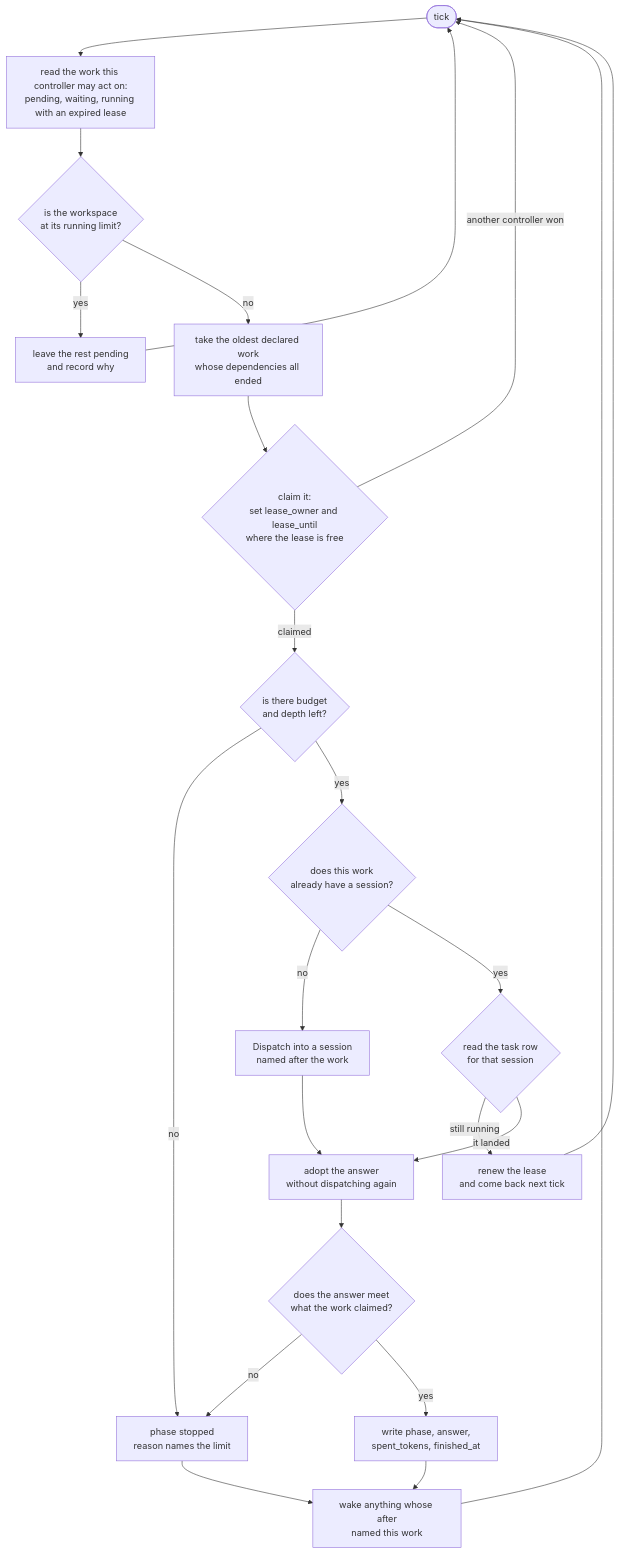
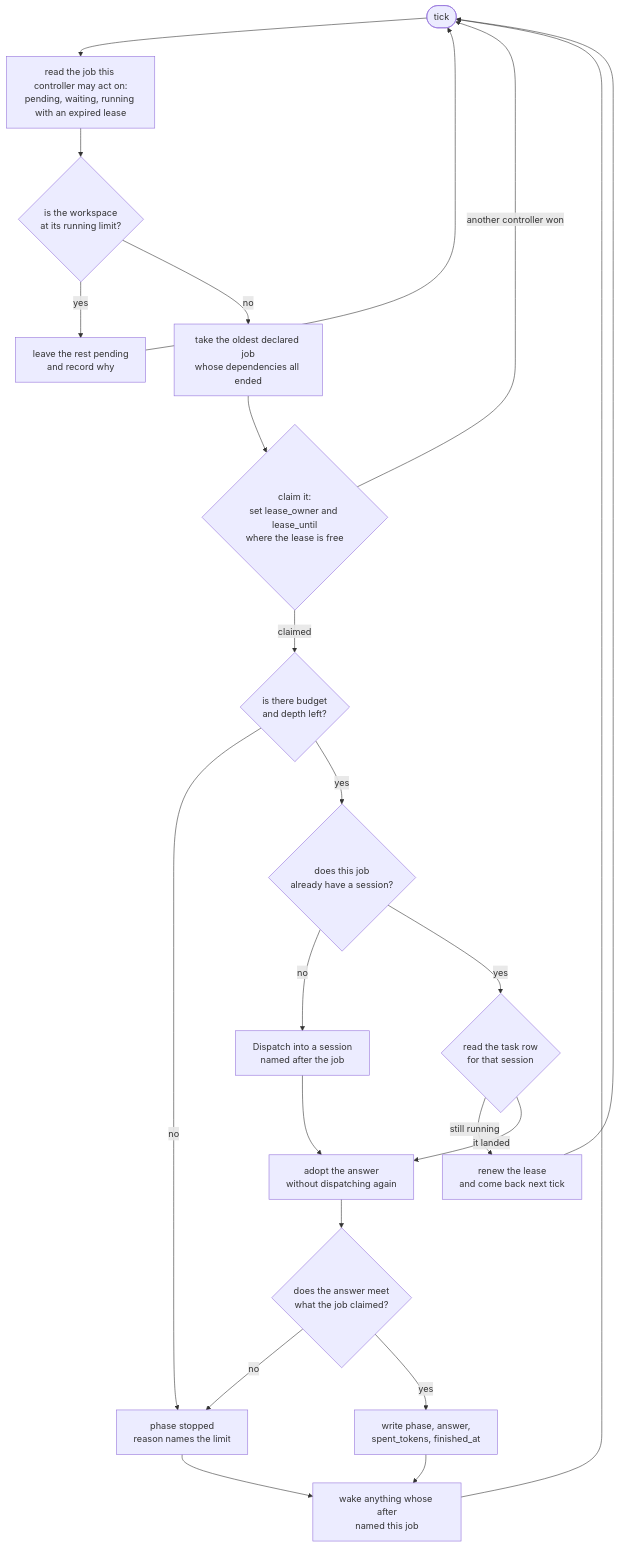
Before and after one commit to atlantic-blue/quay-crew: the sixth of 19 diagrams in docs/ORCHESTRATION.md, drawn with Mermaid. The commit also changed other lines of this file and 222 other files, not shown here.

Commit message:
refactor: declared intent is a job, not work

````diff
--- a/docs/ORCHESTRATION.md
+++ b/docs/ORCHESTRATION.md
@@ -522,25 +522,25 @@
 ```mermaid
 flowchart TD
-    START(["tick"]) --> READ["read the work this controller may act on:<br/>pending, waiting, running with an expired lease"]
+    START(["tick"]) --> READ["read the job this controller may act on:<br/>pending, waiting, running with an expired lease"]
     READ --> GATE{"is the workspace<br/>at its running limit?"}
     GATE -->|"yes"| PARK["leave the rest pending<br/>and record why"]
-    GATE -->|"no"| PICK["take the oldest declared work<br/>whose dependencies all ended"]
+    GATE -->|"no"| PICK["take the oldest declared job<br/>whose dependencies all ended"]
     PICK --> CLAIM{"claim it:<br/>set lease_owner and lease_until<br/>where the lease is free"}
     CLAIM -->|"another controller won"| START
     CLAIM -->|"claimed"| BUDGET{"is there budget<br/>and depth left?"}
     BUDGET -->|"no"| STOPW["phase stopped<br/>reason names the limit"]
-    BUDGET -->|"yes"| RECOVER{"does this work<br/>already have a session?"}
-    RECOVER -->|"no"| DISPATCH["Dispatch into a session<br/>named after the work"]
+    BUDGET -->|"yes"| RECOVER{"does this job<br/>already have a session?"}
+    RECOVER -->|"no"| DISPATCH["Dispatch into a session<br/>named after the job"]
     RECOVER -->|"yes"| TASKROW{"read the task row<br/>for that session"}
     TASKROW -->|"still running"| RENEW["renew the lease<br/>and come back next tick"]
     TASKROW -->|"it landed"| ADOPT["adopt the answer<br/>without dispatching again"]
     DISPATCH --> ADOPT
-    ADOPT --> CHECK{"does the answer meet<br/>what the work claimed?"}
+    ADOPT --> CHECK{"does the answer meet<br/>what the job claimed?"}
     CHECK -->|"no"| STOPW
     CHECK -->|"yes"| WRITE["write phase, answer,<br/>spent_tokens, finished_at"]
-    WRITE --> WAKE["wake anything whose after<br/>named this work"]
+    WRITE --> WAKE["wake anything whose after<br/>named this job"]
     STOPW --> WAKE
     RENEW --> START
     PARK --> START
     WAKE --> START
 ```
````
